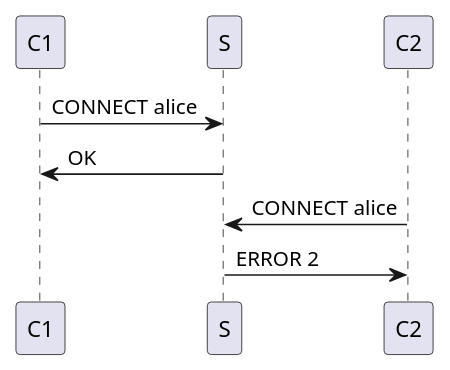
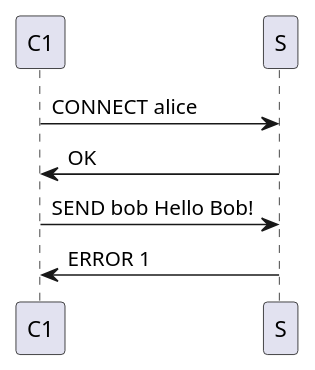
The diagram in 11-define-an-application-protocol/images/example-3.plantuml (heig-vd-dai-course/heig-vd-dai-course), drawn with PlantUML before and after one commit. The commit also changed 14 other files, not shown here.

```diff
--- a/11-define-an-application-protocol/images/example-3.plantuml
+++ b/11-define-an-application-protocol/images/example-3.plantuml
@@ -1,6 +1,6 @@
 @startuml
 C1->S: CONNECT alice
 S->C1: OK
-C2->S: CONNECT alice
-S->C2: ERROR 2
+C1->S: SEND bob Hello Bob!
+S->C1: ERROR 1
 @enduml
```
